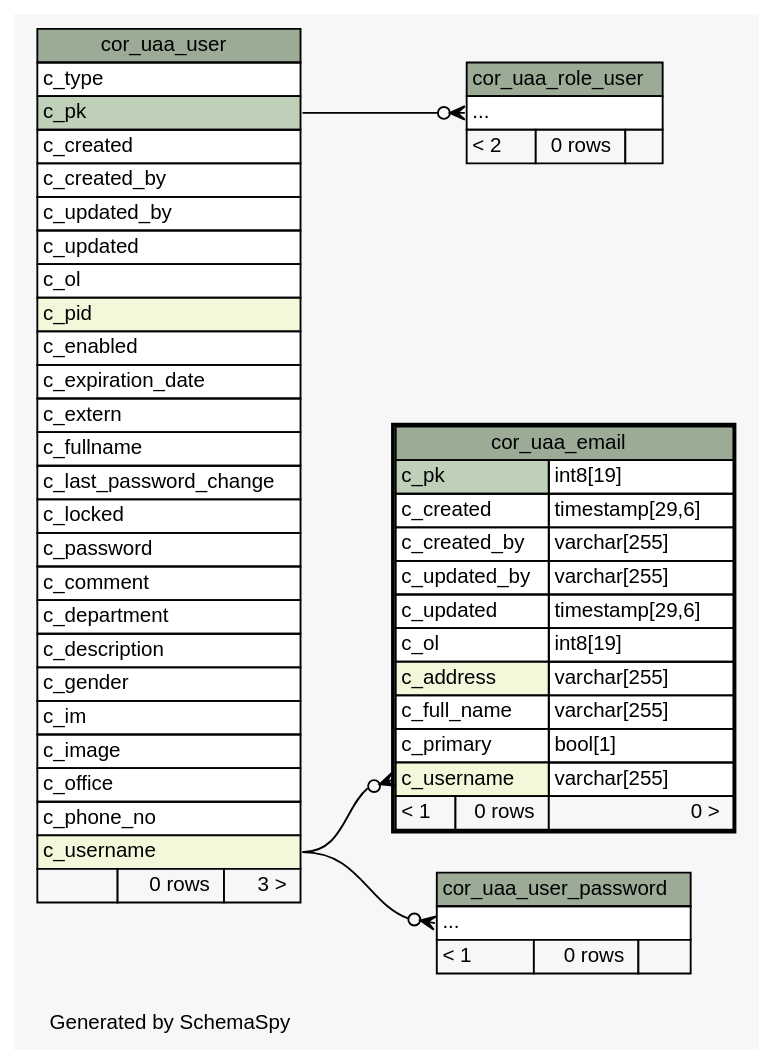
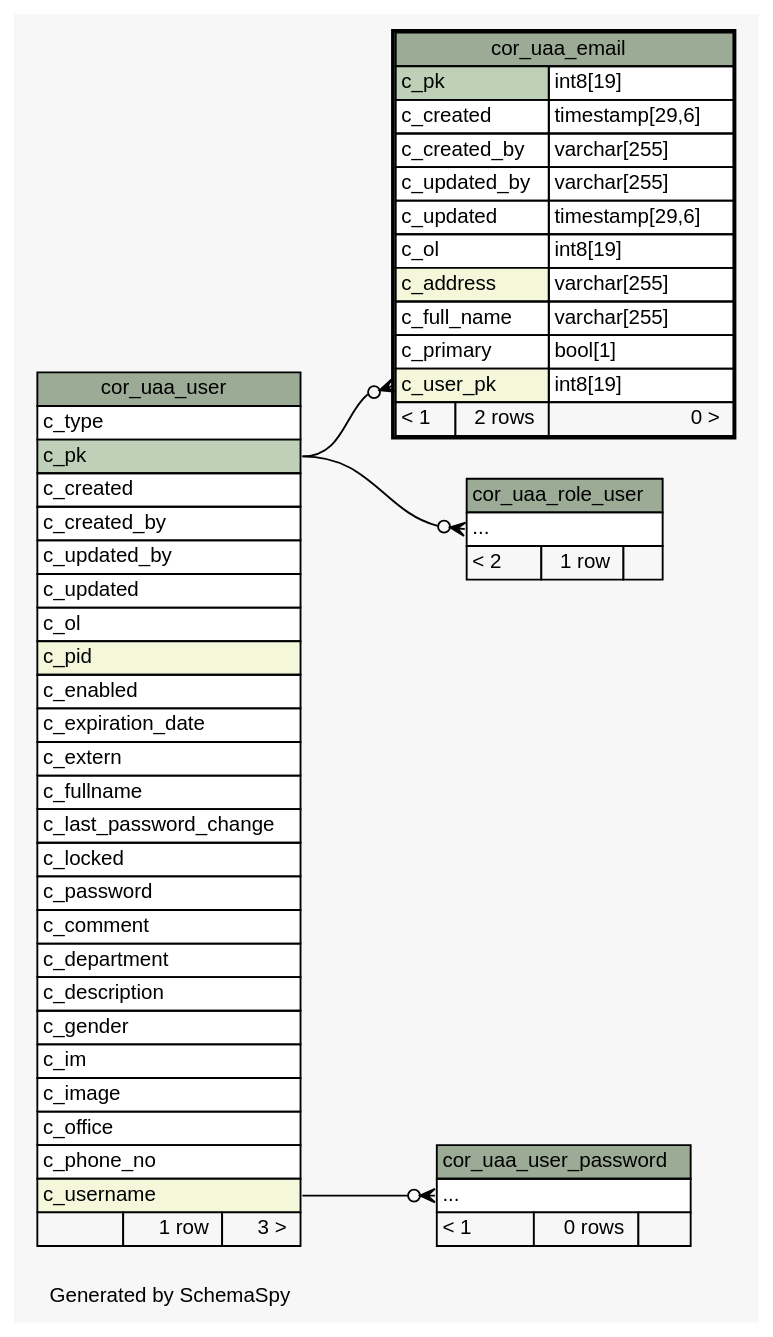
One commit to openwms/org.openwms.core.uaa changed the diagram in 2.0.0-SNAPSHOT/schemaspy/diagrams/cor_uaa_email.2degrees.dot. Above: the diagram before and after it, drawn with Graphviz. The commit also changed 309 other files, not shown here.

```diff
--- a/2.0.0-SNAPSHOT/schemaspy/diagrams/cor_uaa_email.2degrees.dot
+++ b/2.0.0-SNAPSHOT/schemaspy/diagrams/cor_uaa_email.2degrees.dot
@@ -1,97 +1,97 @@
 // dot 2.43.0 on Linux 5.15.0-1020-azure
 // SchemaSpy rev Unknown
 digraph "twoDegreesRelationshipsDiagram" {
   graph [
     rankdir="RL"
     bgcolor="#f7f7f7"
     label="\nGenerated by SchemaSpy"
     labeljust="l"
     nodesep="0.18"
     ranksep="0.46"
     fontname="Helvetica"
     fontsize="11"
   ];
   node [
     fontname="Helvetica"
     fontsize="11"
     shape="plaintext"
   ];
   edge [
     arrowsize="0.8"
   ];
-  "cor_uaa_email":"c_username":w -> "cor_uaa_user":"c_username":e [arrowhead=none dir=back arrowtail=crowodot];
+  "cor_uaa_email":"c_user_pk":w -> "cor_uaa_user":"c_pk":e [arrowhead=none dir=back arrowtail=crowodot];
   "cor_uaa_role_user":"elipses":w -> "cor_uaa_user":"c_pk":e [arrowhead=none dir=back arrowtail=crowodot];
   "cor_uaa_user_password":"elipses":w -> "cor_uaa_user":"c_username":e [arrowhead=none dir=back arrowtail=crowodot];
   "cor_uaa_email" [
     label=<
     <TABLE BORDER="2" CELLBORDER="1" CELLSPACING="0" BGCOLOR="#ffffff">
       <TR><TD COLSPAN="3" BGCOLOR="#9bab96" ALIGN="CENTER">cor_uaa_email</TD></TR>
       <TR><TD PORT="c_pk" COLSPAN="2" BGCOLOR="#bed1b8" ALIGN="LEFT">c_pk</TD><TD PORT="c_pk.type" ALIGN="LEFT">int8[19]</TD></TR>
       <TR><TD PORT="c_created" COLSPAN="2" ALIGN="LEFT">c_created</TD><TD PORT="c_created.type" ALIGN="LEFT">timestamp[29,6]</TD></TR>
       <TR><TD PORT="c_created_by" COLSPAN="2" ALIGN="LEFT">c_created_by</TD><TD PORT="c_created_by.type" ALIGN="LEFT">varchar[255]</TD></TR>
       <TR><TD PORT="c_updated_by" COLSPAN="2" ALIGN="LEFT">c_updated_by</TD><TD PORT="c_updated_by.type" ALIGN="LEFT">varchar[255]</TD></TR>
       <TR><TD PORT="c_updated" COLSPAN="2" ALIGN="LEFT">c_updated</TD><TD PORT="c_updated.type" ALIGN="LEFT">timestamp[29,6]</TD></TR>
       <TR><TD PORT="c_ol" COLSPAN="2" ALIGN="LEFT">c_ol</TD><TD PORT="c_ol.type" ALIGN="LEFT">int8[19]</TD></TR>
       <TR><TD PORT="c_address" COLSPAN="2" BGCOLOR="#f4f7da" ALIGN="LEFT">c_address</TD><TD PORT="c_address.type" ALIGN="LEFT">varchar[255]</TD></TR>
       <TR><TD PORT="c_full_name" COLSPAN="2" ALIGN="LEFT">c_full_name</TD><TD PORT="c_full_name.type" ALIGN="LEFT">varchar[255]</TD></TR>
       <TR><TD PORT="c_primary" COLSPAN="2" ALIGN="LEFT">c_primary</TD><TD PORT="c_primary.type" ALIGN="LEFT">bool[1]</TD></TR>
-      <TR><TD PORT="c_username" COLSPAN="2" BGCOLOR="#f4f7da" ALIGN="LEFT">c_username</TD><TD PORT="c_username.type" ALIGN="LEFT">varchar[255]</TD></TR>
-      <TR><TD ALIGN="LEFT" BGCOLOR="#f7f7f7">&lt; 1</TD><TD ALIGN="RIGHT" BGCOLOR="#f7f7f7">0 rows</TD><TD ALIGN="RIGHT" BGCOLOR="#f7f7f7">0 &gt;</TD></TR>
+      <TR><TD PORT="c_user_pk" COLSPAN="2" BGCOLOR="#f4f7da" ALIGN="LEFT">c_user_pk</TD><TD PORT="c_user_pk.type" ALIGN="LEFT">int8[19]</TD></TR>
+      <TR><TD ALIGN="LEFT" BGCOLOR="#f7f7f7">&lt; 1</TD><TD ALIGN="RIGHT" BGCOLOR="#f7f7f7">2 rows</TD><TD ALIGN="RIGHT" BGCOLOR="#f7f7f7">0 &gt;</TD></TR>
     </TABLE>>
     URL="cor_uaa_email.html"
     tooltip="cor_uaa_email"
   ];
   "cor_uaa_role_user" [
     label=<
     <TABLE BORDER="0" CELLBORDER="1" CELLSPACING="0" BGCOLOR="#ffffff">
       <TR><TD COLSPAN="3" BGCOLOR="#9bab96" ALIGN="CENTER">cor_uaa_role_user</TD></TR>
       <TR><TD PORT="elipses" COLSPAN="3" ALIGN="LEFT">...</TD></TR>
-      <TR><TD ALIGN="LEFT" BGCOLOR="#f7f7f7">&lt; 2</TD><TD ALIGN="RIGHT" BGCOLOR="#f7f7f7">0 rows</TD><TD ALIGN="RIGHT" BGCOLOR="#f7f7f7">  </TD></TR>
+      <TR><TD ALIGN="LEFT" BGCOLOR="#f7f7f7">&lt; 2</TD><TD ALIGN="RIGHT" BGCOLOR="#f7f7f7">1 row</TD><TD ALIGN="RIGHT" BGCOLOR="#f7f7f7">  </TD></TR>
     </TABLE>>
     URL="cor_uaa_role_user.html"
     tooltip="cor_uaa_role_user"
   ];
   "cor_uaa_user" [
     label=<
     <TABLE BORDER="0" CELLBORDER="1" CELLSPACING="0" BGCOLOR="#ffffff">
       <TR><TD COLSPAN="3" BGCOLOR="#9bab96" ALIGN="CENTER">cor_uaa_user</TD></TR>
       <TR><TD PORT="c_type" COLSPAN="3" ALIGN="LEFT">c_type</TD></TR>
       <TR><TD PORT="c_pk" COLSPAN="3" BGCOLOR="#bed1b8" ALIGN="LEFT">c_pk</TD></TR>
       <TR><TD PORT="c_created" COLSPAN="3" ALIGN="LEFT">c_created</TD></TR>
       <TR><TD PORT="c_created_by" COLSPAN="3" ALIGN="LEFT">c_created_by</TD></TR>
       <TR><TD PORT="c_updated_by" COLSPAN="3" ALIGN="LEFT">c_updated_by</TD></TR>
       <TR><TD PORT="c_updated" COLSPAN="3" ALIGN="LEFT">c_updated</TD></TR>
       <TR><TD PORT="c_ol" COLSPAN="3" ALIGN="LEFT">c_ol</TD></TR>
       <TR><TD PORT="c_pid" COLSPAN="3" BGCOLOR="#f4f7da" ALIGN="LEFT">c_pid</TD></TR>
       <TR><TD PORT="c_enabled" COLSPAN="3" ALIGN="LEFT">c_enabled</TD></TR>
       <TR><TD PORT="c_expiration_date" COLSPAN="3" ALIGN="LEFT">c_expiration_date</TD></TR>
       <TR><TD PORT="c_extern" COLSPAN="3" ALIGN="LEFT">c_extern</TD></TR>
       <TR><TD PORT="c_fullname" COLSPAN="3" ALIGN="LEFT">c_fullname</TD></TR>
       <TR><TD PORT="c_last_password_change" COLSPAN="3" ALIGN="LEFT">c_last_password_change</TD></TR>
       <TR><TD PORT="c_locked" COLSPAN="3" ALIGN="LEFT">c_locked</TD></TR>
       <TR><TD PORT="c_password" COLSPAN="3" ALIGN="LEFT">c_password</TD></TR>
       <TR><TD PORT="c_comment" COLSPAN="3" ALIGN="LEFT">c_comment</TD></TR>
       <TR><TD PORT="c_department" COLSPAN="3" ALIGN="LEFT">c_department</TD></TR>
       <TR><TD PORT="c_description" COLSPAN="3" ALIGN="LEFT">c_description</TD></TR>
       <TR><TD PORT="c_gender" COLSPAN="3" ALIGN="LEFT">c_gender</TD></TR>
       <TR><TD PORT="c_im" COLSPAN="3" ALIGN="LEFT">c_im</TD></TR>
       <TR><TD PORT="c_image" COLSPAN="3" ALIGN="LEFT">c_image</TD></TR>
       <TR><TD PORT="c_office" COLSPAN="3" ALIGN="LEFT">c_office</TD></TR>
       <TR><TD PORT="c_phone_no" COLSPAN="3" ALIGN="LEFT">c_phone_no</TD></TR>
       <TR><TD PORT="c_username" COLSPAN="3" BGCOLOR="#f4f7da" ALIGN="LEFT">c_username</TD></TR>
-      <TR><TD ALIGN="LEFT" BGCOLOR="#f7f7f7">  </TD><TD ALIGN="RIGHT" BGCOLOR="#f7f7f7">0 rows</TD><TD ALIGN="RIGHT" BGCOLOR="#f7f7f7">3 &gt;</TD></TR>
+      <TR><TD ALIGN="LEFT" BGCOLOR="#f7f7f7">  </TD><TD ALIGN="RIGHT" BGCOLOR="#f7f7f7">1 row</TD><TD ALIGN="RIGHT" BGCOLOR="#f7f7f7">3 &gt;</TD></TR>
     </TABLE>>
     URL="cor_uaa_user.html"
     tooltip="cor_uaa_user"
   ];
   "cor_uaa_user_password" [
     label=<
     <TABLE BORDER="0" CELLBORDER="1" CELLSPACING="0" BGCOLOR="#ffffff">
       <TR><TD COLSPAN="3" BGCOLOR="#9bab96" ALIGN="CENTER">cor_uaa_user_password</TD></TR>
       <TR><TD PORT="elipses" COLSPAN="3" ALIGN="LEFT">...</TD></TR>
       <TR><TD ALIGN="LEFT" BGCOLOR="#f7f7f7">&lt; 1</TD><TD ALIGN="RIGHT" BGCOLOR="#f7f7f7">0 rows</TD><TD ALIGN="RIGHT" BGCOLOR="#f7f7f7">  </TD></TR>
     </TABLE>>
     URL="cor_uaa_user_password.html"
     tooltip="cor_uaa_user_password"
   ];
 }
```
